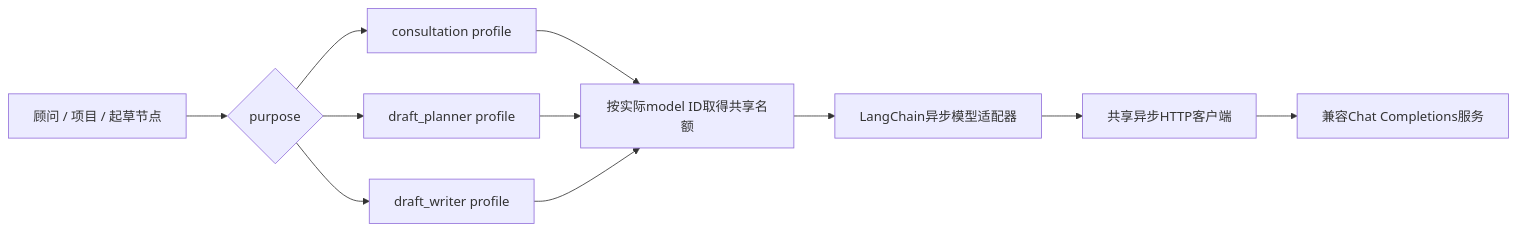
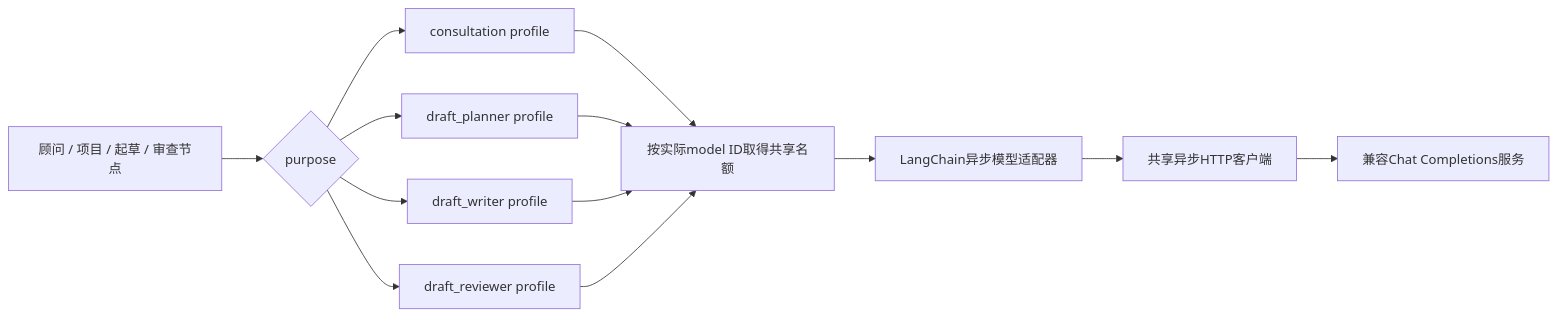
The first of 2 diagrams in docs/模型管理.md (xiaoyueQH/SmartDraft-AI-), drawn with Mermaid before and after one commit. The commit also changed other lines of this file and 95 other files, not shown here.

````diff
--- a/docs/模型管理.md
+++ b/docs/模型管理.md
@@ -17,13 +20,15 @@
 ```mermaid
 flowchart LR
-    A["顾问 / 项目 / 起草节点"] --> P{"purpose"}
+    A["顾问 / 项目 / 起草 / 审查节点"] --> P{"purpose"}
     P --> C["consultation profile"]
     P --> D["draft_planner profile"]
     P --> W["draft_writer profile"]
+    P --> R["draft_reviewer profile"]
     C --> S["按实际model ID取得共享名额"]
     D --> S
     W --> S
+    R --> S
     S --> L["LangChain异步模型适配器"]
     L --> H["共享异步HTTP客户端"]
     H --> API["兼容Chat Completions服务"]
 ```
````
